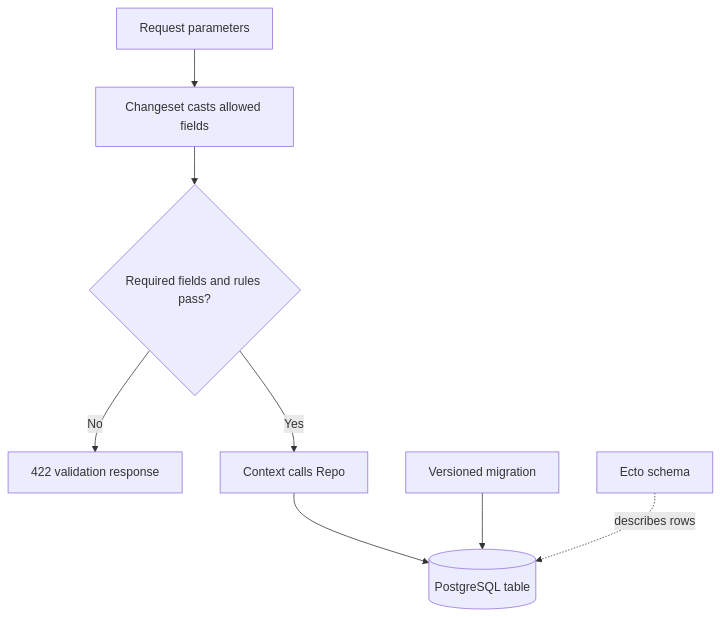
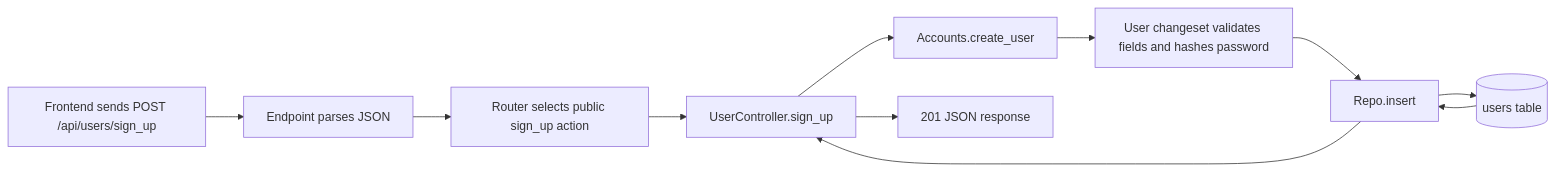
One commit to Ousama31/time_manager changed the second of 4 diagrams in backend/project/backend_overview.md. Above: the diagram before and after it, drawn with Mermaid. The commit also changed other lines of this file, not shown here.

````diff
--- a/backend/project/backend_overview.md
+++ b/backend/project/backend_overview.md
@@ -93,10 +461,12 @@
 ```mermaid
-flowchart TB
-  Input[Request parameters] --> Cast[Changeset casts allowed fields]
-  Cast --> Valid{Required fields and rules pass?}
-  Valid -->|No| Errors[422 validation response]
-  Valid -->|Yes| Write[Context calls Repo]
-  Write --> Table[(PostgreSQL table)]
-  Migration[Versioned migration] --> Table
-  Schema[Ecto schema] -. describes rows .-> Table
+flowchart LR
+  A[Frontend sends POST /api/users/sign_up] --> B[Endpoint parses JSON]
+  B --> C[Router selects public sign_up action]
+  C --> D[UserController.sign_up]
+  D --> E[Accounts.create_user]
+  E --> F[User changeset validates fields and hashes password]
+  F --> G[Repo.insert]
+  G --> H[(users table)]
+  H --> G --> D
+  D --> I[201 JSON response]
 ```
````
